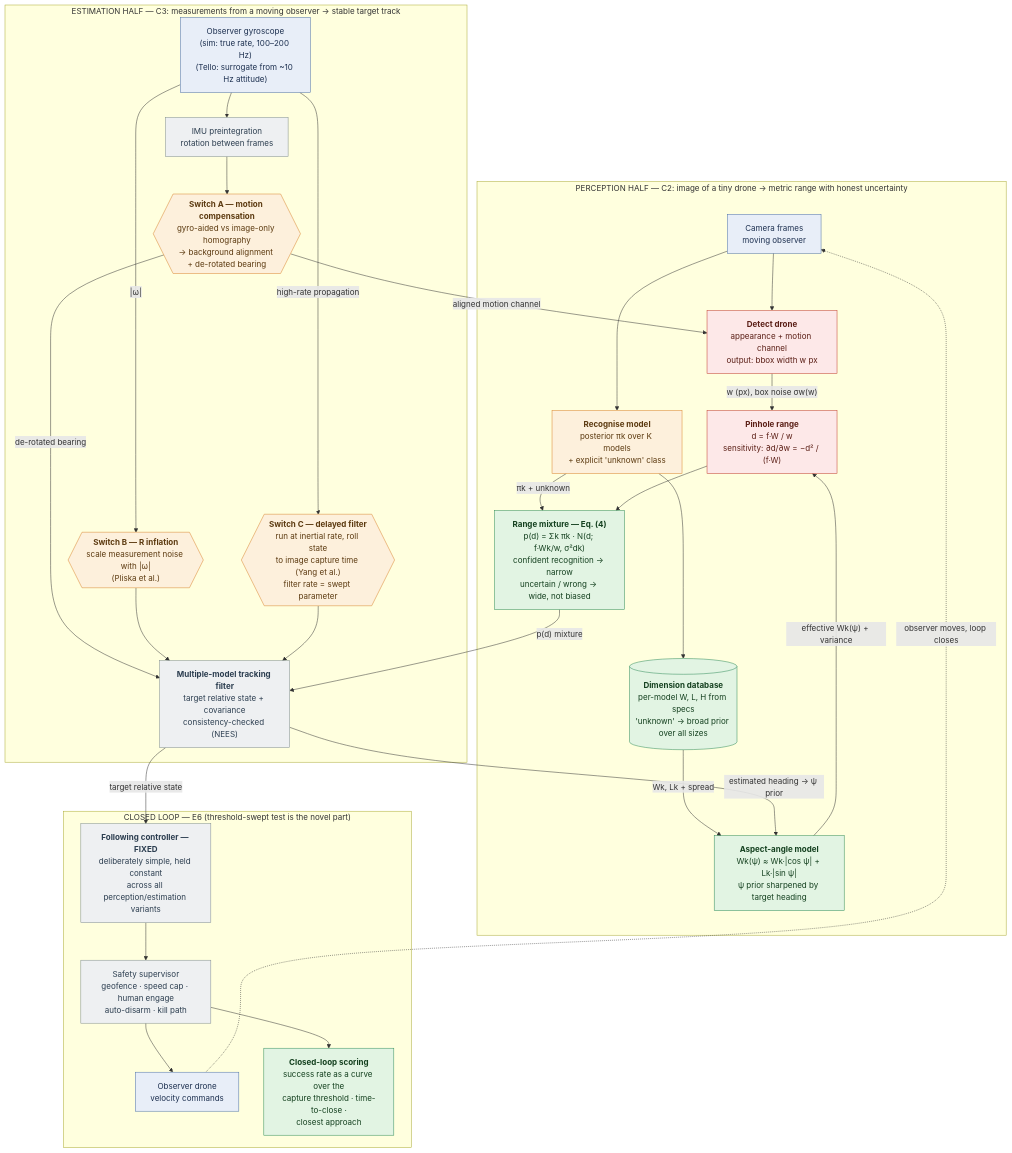
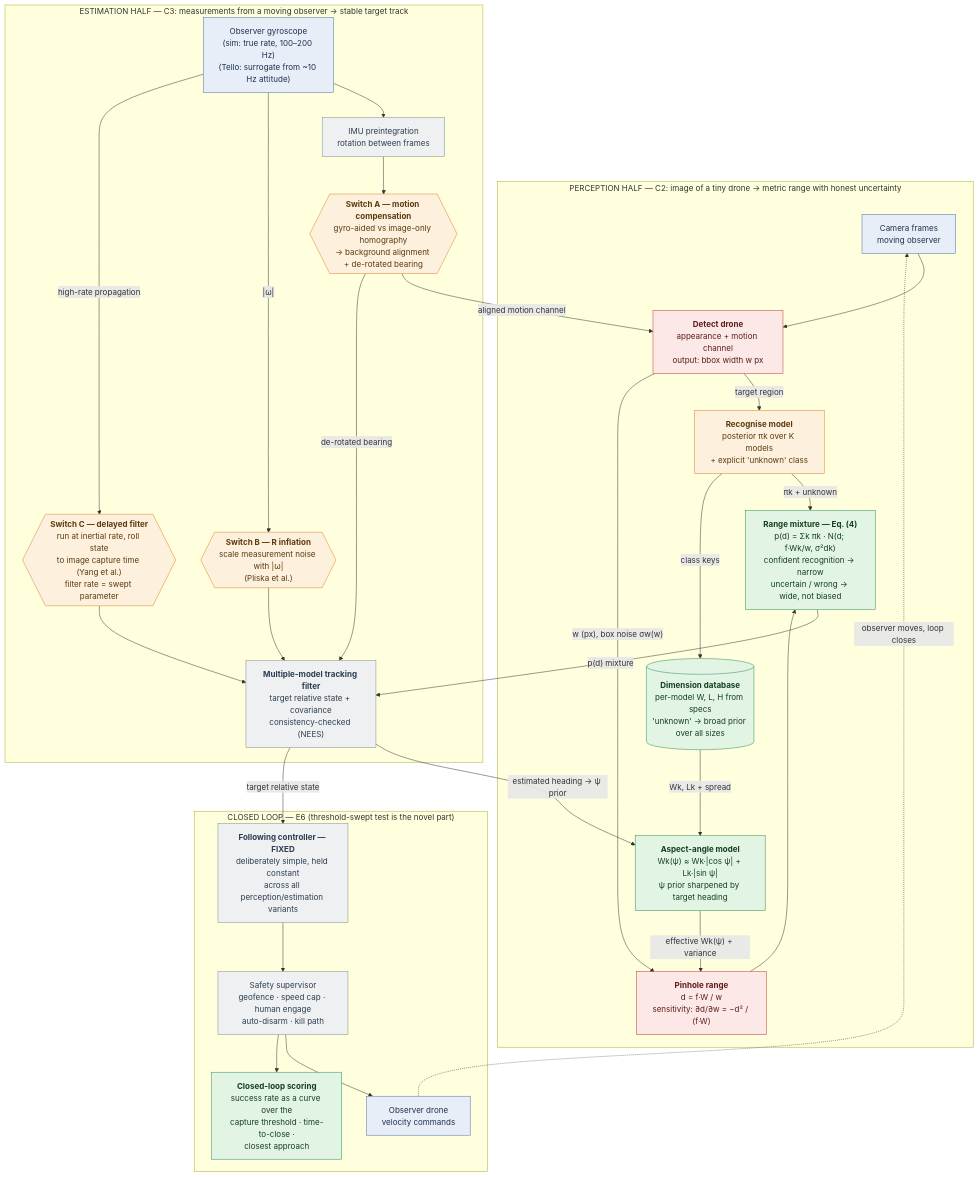
Before and after one commit to roeytoo-111/tello-vio: the first of 5 diagrams in docs/research_proposal/block_diagram.md, drawn with Mermaid. The commit also changed 3 other files, not shown here.

````diff
--- a/docs/research_proposal/block_diagram.md
+++ b/docs/research_proposal/block_diagram.md
@@ -26,60 +26,60 @@
 ```mermaid
 flowchart TB
     subgraph PERC["PERCEPTION HALF — C2: image of a tiny drone → metric range with honest uncertainty"]
         CAM["Camera frames<br/>moving observer"]:::input
         DET["<b>Detect drone</b><br/>appearance + motion channel<br/>output: bbox width w px"]:::red
         REC["<b>Recognise model</b><br/>posterior πk over K models<br/>+ explicit 'unknown' class"]:::orange
         DB[("<b>Dimension database</b><br/>per-model W, L, H from specs<br/>'unknown' → broad prior over all sizes")]:::green
         ASP["<b>Aspect-angle model</b><br/>Wk(ψ) ≈ Wk·|cos ψ| + Lk·|sin ψ|<br/>ψ prior sharpened by target heading"]:::green
         PIN["<b>Pinhole range</b><br/>d = f·W / w<br/>sensitivity: ∂d/∂w = −d² / (f·W)"]:::red
         MIX["<b>Range mixture — Eq. (4)</b><br/>p(d) = Σk πk · N(d; f·Wk/w, σ²dk)<br/>confident recognition → narrow<br/>uncertain / wrong → wide, not biased"]:::green
     end
 
     subgraph EST["ESTIMATION HALF — C3: measurements from a moving observer → stable target track"]
         GYRO["Observer gyroscope<br/>(sim: true rate, 100–200 Hz)<br/>(Tello: surrogate from ~10 Hz attitude)"]:::input
         PREINT["IMU preintegration<br/>rotation between frames"]:::grey
         SW_A{{"<b>Switch A — motion compensation</b><br/>gyro-aided vs image-only homography<br/>→ background alignment + de-rotated bearing"}}:::orange
         SW_B{{"<b>Switch B — R inflation</b><br/>scale measurement noise with |ω|<br/>(Pliska et al.)"}}:::orange
         SW_C{{"<b>Switch C — delayed filter</b><br/>run at inertial rate, roll state<br/>to image capture time (Yang et al.)<br/>filter rate = swept parameter"}}:::orange
         TRK["<b>Multiple-model tracking filter</b><br/>target relative state + covariance<br/>consistency-checked (NEES)"]:::grey
     end
 
     subgraph LOOP["CLOSED LOOP — E6 (threshold-swept test is the novel part)"]
         CTL["<b>Following controller — FIXED</b><br/>deliberately simple, held constant<br/>across all perception/estimation variants"]:::grey
         SAFE["Safety supervisor<br/>geofence · speed cap · human engage<br/>auto-disarm · kill path"]:::grey
         UAV["Observer drone<br/>velocity commands"]:::input
         E6["<b>Closed-loop scoring</b><br/>success rate as a curve over the<br/>capture threshold · time-to-close ·<br/>closest approach"]:::green
     end
 
     CAM --> DET
-    CAM --> REC
+    DET -- "target region" --> REC
     DET -- "w (px), box noise σw(w)" --> PIN
     REC -- "πk + unknown" --> MIX
-    REC --> DB
+    REC -- "class keys" --> DB
     DB -- "Wk, Lk + spread" --> ASP
     ASP -- "effective Wk(ψ) + variance" --> PIN
     PIN --> MIX
     MIX -- "p(d) mixture" --> TRK
 
     GYRO --> PREINT
     PREINT --> SW_A
     SW_A -- "aligned motion channel" --> DET
     SW_A -- "de-rotated bearing" --> TRK
     GYRO -- "|ω|" --> SW_B
     SW_B --> TRK
     GYRO -- "high-rate propagation" --> SW_C
     SW_C --> TRK
     TRK -- "estimated heading → ψ prior" --> ASP
 
     TRK -- "target relative state" --> CTL
     CTL --> SAFE
     SAFE --> UAV
     UAV -. "observer moves, loop closes" .-> CAM
     SAFE --> E6
 
     classDef red fill:#fde8e8,stroke:#c0392b,color:#5b1f16
     classDef orange fill:#fdf0dc,stroke:#d9822b,color:#5c3a10
     classDef green fill:#e2f4e3,stroke:#2e8b57,color:#14401f
     classDef grey fill:#eef0f2,stroke:#7f8c8d,color:#2c3e50
     classDef input fill:#e8eef8,stroke:#4a6fa5,color:#1d3050
 ```
````
